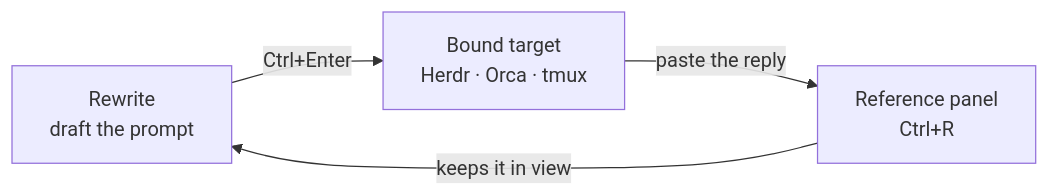
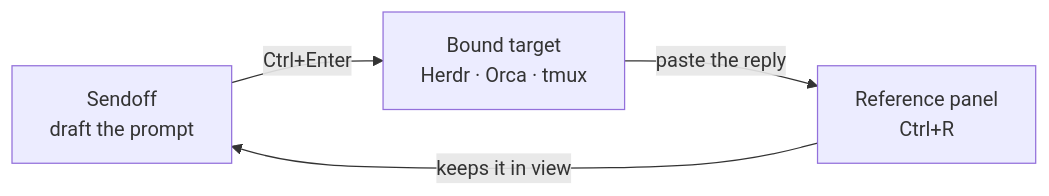
One commit to exviolet/sendoff changed the diagram in web/README.md. Above: the diagram before and after it, drawn with Mermaid. The commit also changed other lines of this file and 13 other files, not shown here.

First line of the commit message:
refactor: переименование Rewrite → Sendoff

````diff
--- a/web/README.md
+++ b/web/README.md
@@ -38,10 +38,10 @@
 ```mermaid
 flowchart LR
-    R["Rewrite<br/>draft the prompt"]
+    R["Sendoff<br/>draft the prompt"]
     T["Bound target<br/>Herdr · Orca · tmux"]
     P["Reference panel<br/>Ctrl+R"]
 
     R -->|"Ctrl+Enter"| T
     T -->|"paste the reply"| P
     P -->|"keeps it in view"| R
 ```
````
